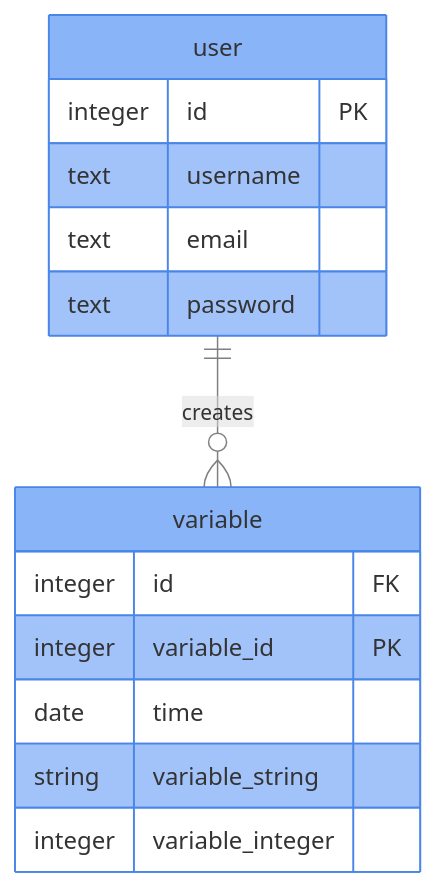
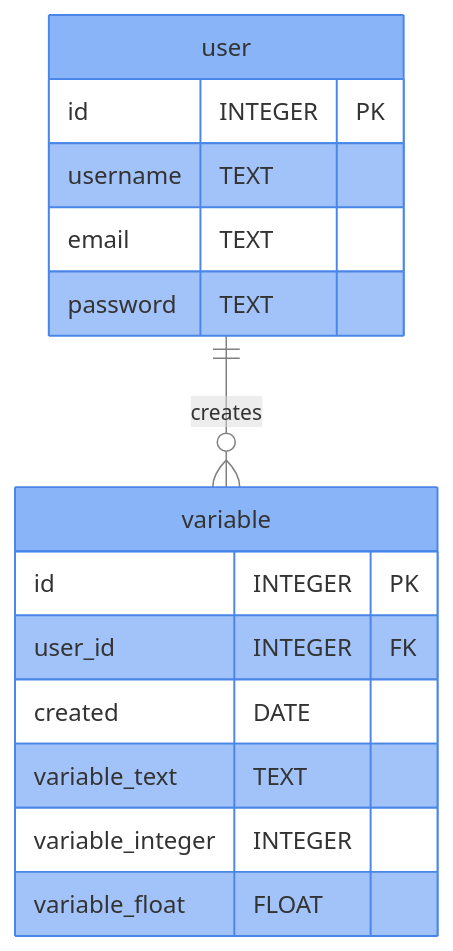
Before and after one commit to mathbike/mathbike.github.io: the diagram in _posts/2022-11-15-flask.md, drawn with Mermaid. The commit also changed other lines of this file, not shown here.

````diff
--- a/_posts/2022-11-15-flask.md
+++ b/_posts/2022-11-15-flask.md
@@ -80,24 +80,25 @@
 ```mermaid
 %%{init: {'theme': 'base', 'themeVariables': { 
     'textColor': 'black', 
     'primaryColor': '#8ab4f8',
     'primaryBorderColor':'#4a86e8', 
     'tertiaryColor': 'gainsboro',
     'lineColor': 'grey'
     }}}%%
 erDiagram
     user ||--o{ variable : creates
     user {
-        integer id PK
-        text username
-        text email
-        text password
+        id INTEGER PK
+        username TEXT
+        email TEXT
+        password TEXT
     }
     variable {
-        integer id FK
-        integer variable_id PK
-        date time
-        string variable_string
-        integer variable_integer
+        id INTEGER PK
+        user_id INTEGER FK
+        created DATE
+        variable_text TEXT
+        variable_integer INTEGER
+        variable_float FLOAT
     }
 ```
````
